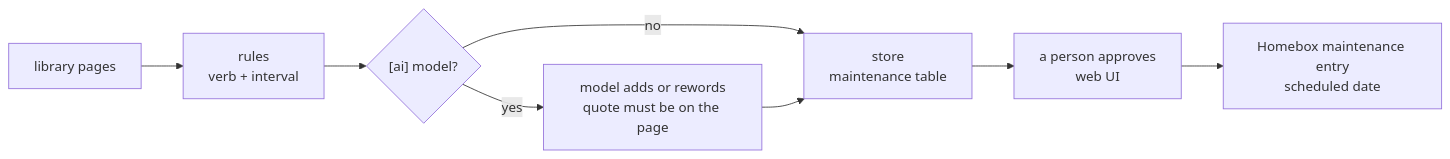
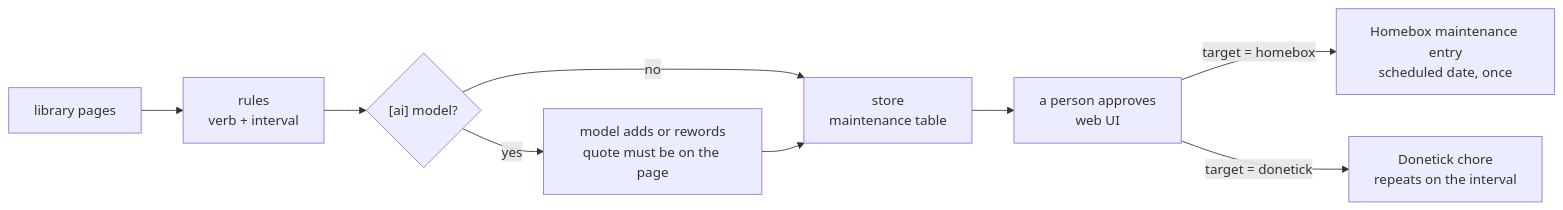
The third of 3 diagrams in docs/architecture.md (manualbeagle/manualbeagle), drawn with Mermaid before and after one commit. The commit also changed other lines of this file and 21 other files, not shown here.

First line of the commit message:
Approved maintenance can become a recurring Donetick chore (#10)

````diff
--- a/docs/architecture.md
+++ b/docs/architecture.md
@@ -58,10 +59,11 @@
 ```mermaid
 flowchart LR
   L["library pages"] --> R["rules<br/>verb + interval"]
   R --> M{"[ai] model?"}
   M -- yes --> A["model adds or rewords<br/>quote must be on the page"]
   M -- no --> S["store<br/>maintenance table"]
   A --> S
   S --> P["a person approves<br/>web UI"]
-  P --> H["Homebox maintenance entry<br/>scheduled date"]
+  P -->|"target = homebox"| H["Homebox maintenance entry<br/>scheduled date, once"]
+  P -->|"target = donetick"| D["Donetick chore<br/>repeats on the interval"]
 ```
````
